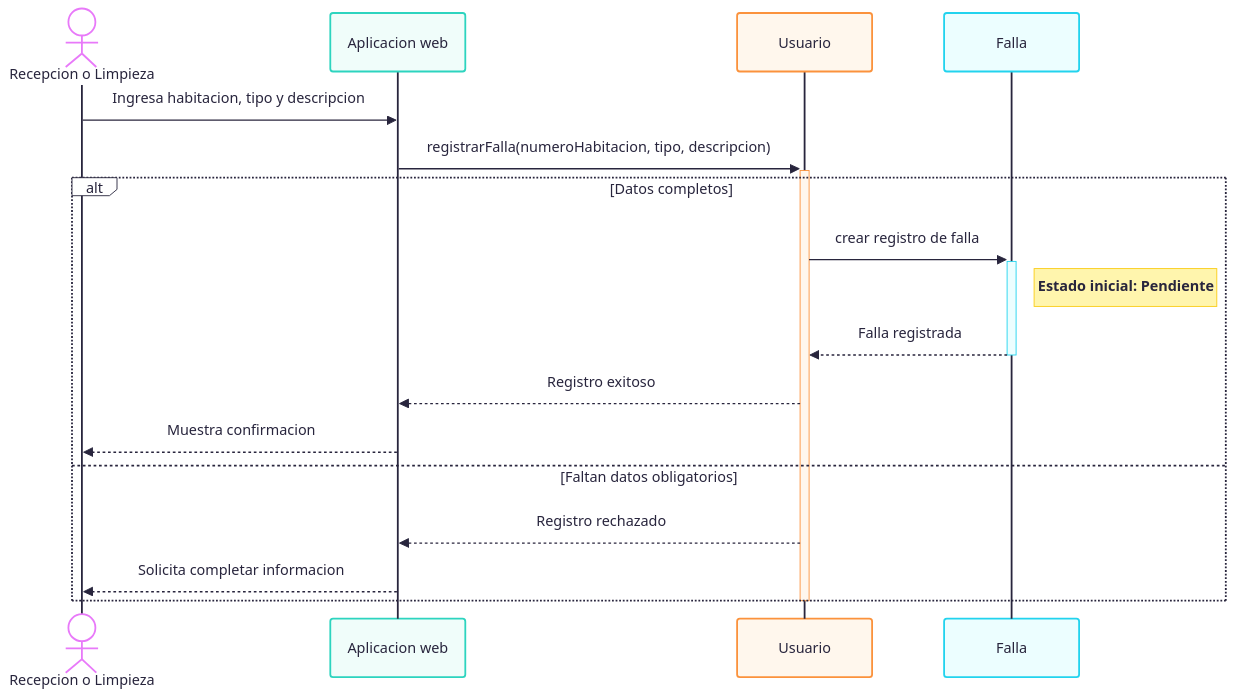
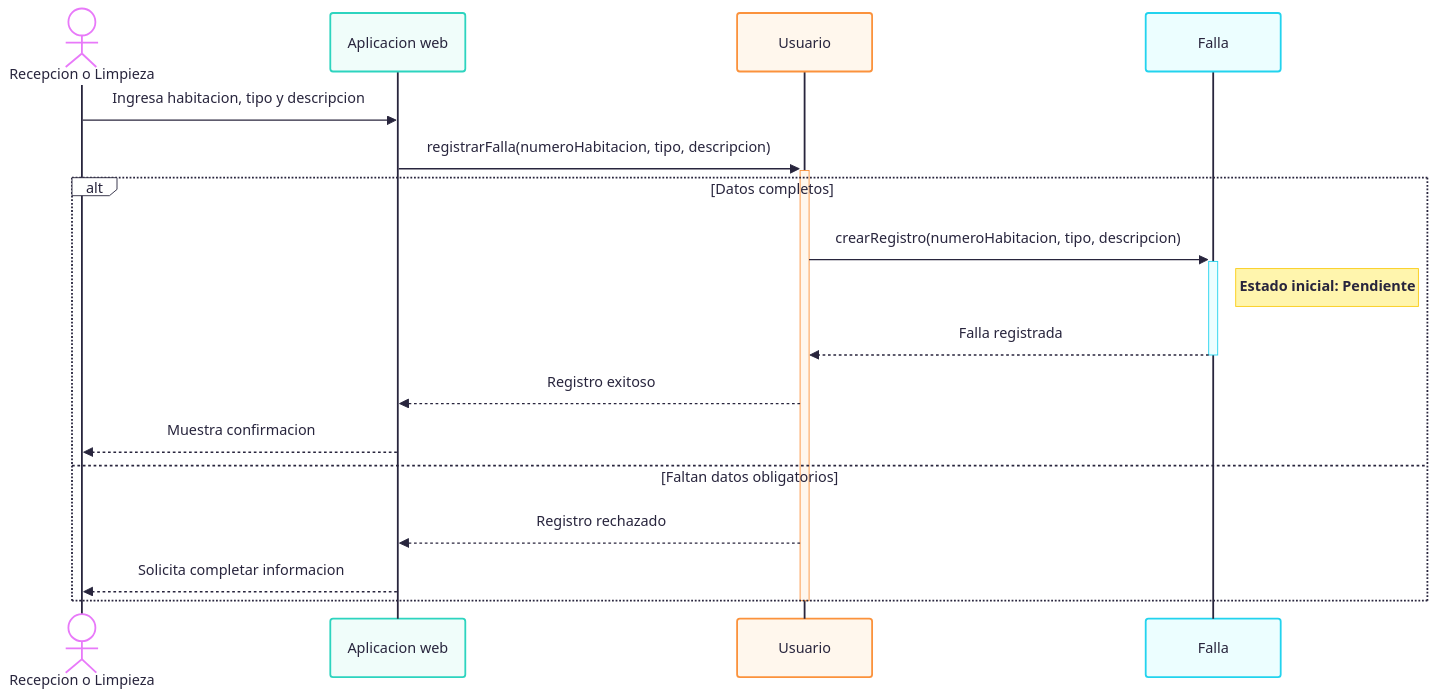
The diagram in doc/arch/Diagrama de Secuencia.mmd (sebmayorga/Ingenier-a-de-Software), drawn with Mermaid before and after one commit.

Commit message:
Precisar mensaje de creación en secuencia CU-01

```diff
--- a/doc/arch/Diagrama de Secuencia.mmd
+++ b/doc/arch/Diagrama de Secuencia.mmd
@@ -1,26 +1,26 @@
 ---
 config:
   theme: redux-color
   fontFamily: '''Inter Variable'', sans-serif'
 ---
 sequenceDiagram
     actor Rec as Recepcion o Limpieza
     participant Web as Aplicacion web
     participant Usu as Usuario
     participant Fal as Falla
 
     Rec->>Web: Ingresa habitacion, tipo y descripcion
     Web->>+Usu: registrarFalla(numeroHabitacion, tipo, descripcion)
 
     alt Datos completos
-        Usu->>+Fal: crear registro de falla
+        Usu->>+Fal: crearRegistro(numeroHabitacion, tipo, descripcion)
         Note right of Fal: Estado inicial: Pendiente
         Fal-->>-Usu: Falla registrada
         Usu-->>Web: Registro exitoso
         Web-->>Rec: Muestra confirmacion
     else Faltan datos obligatorios
         Usu-->>Web: Registro rechazado
         Web-->>Rec: Solicita completar informacion
     end
 
     deactivate Usu
```
